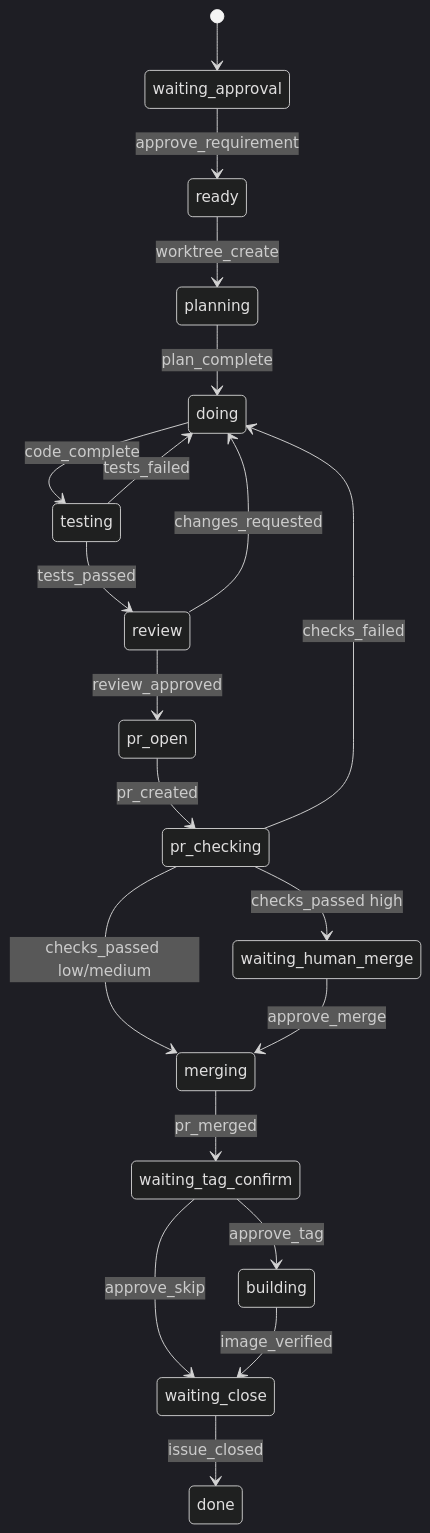
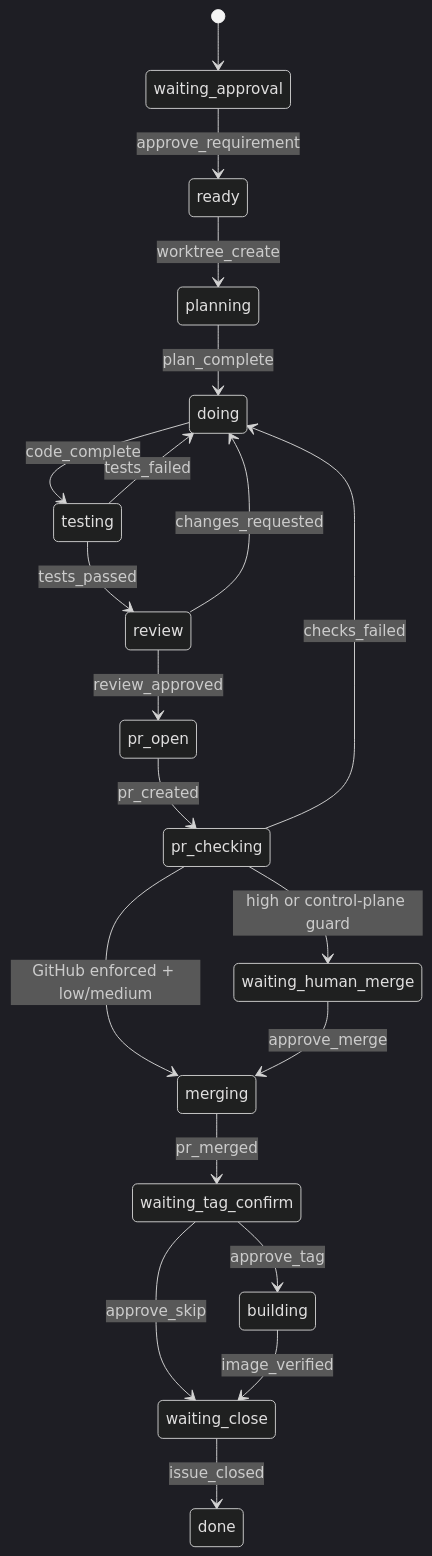
One commit to hutong236/hutong-zcode-marketplace changed the second of 2 diagrams in CMDB_ZCode_AI_Dev_Workflow.md. Above: the diagram before and after it, drawn with Mermaid (dark theme). The commit also changed other lines of this file and 23 other files, not shown here.

````diff
--- a/CMDB_ZCode_AI_Dev_Workflow.md
+++ b/CMDB_ZCode_AI_Dev_Workflow.md
@@ -100,22 +101,22 @@
 ```mermaid
 stateDiagram-v2
   [*] --> waiting_approval
   waiting_approval --> ready: approve_requirement
   ready --> planning: worktree_create
   planning --> doing: plan_complete
   doing --> testing: code_complete
   testing --> doing: tests_failed
   testing --> review: tests_passed
   review --> doing: changes_requested
   review --> pr_open: review_approved
   pr_open --> pr_checking: pr_created
   pr_checking --> doing: checks_failed
-  pr_checking --> merging: checks_passed low/medium
-  pr_checking --> waiting_human_merge: checks_passed high
+  pr_checking --> merging: GitHub enforced + low/medium
+  pr_checking --> waiting_human_merge: high or control-plane guard
   waiting_human_merge --> merging: approve_merge
   merging --> waiting_tag_confirm: pr_merged
   waiting_tag_confirm --> building: approve_tag
   waiting_tag_confirm --> waiting_close: approve_skip
   building --> waiting_close: image_verified
   waiting_close --> done: issue_closed
 ```
````
